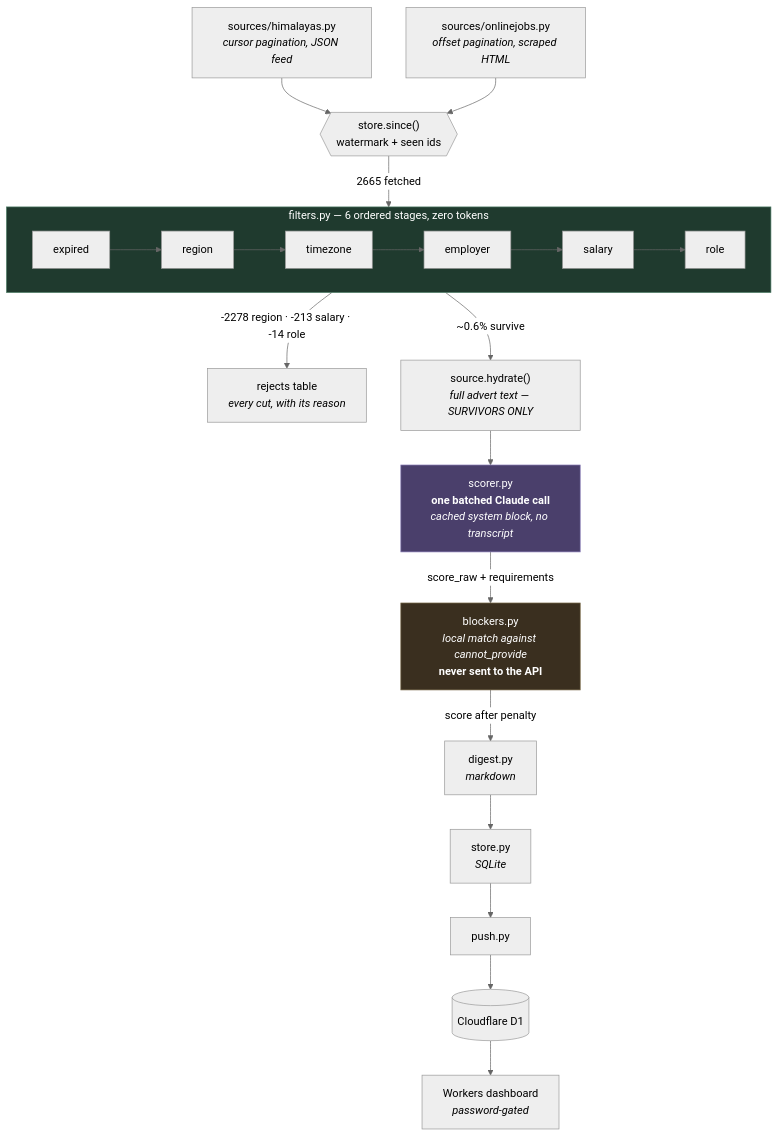
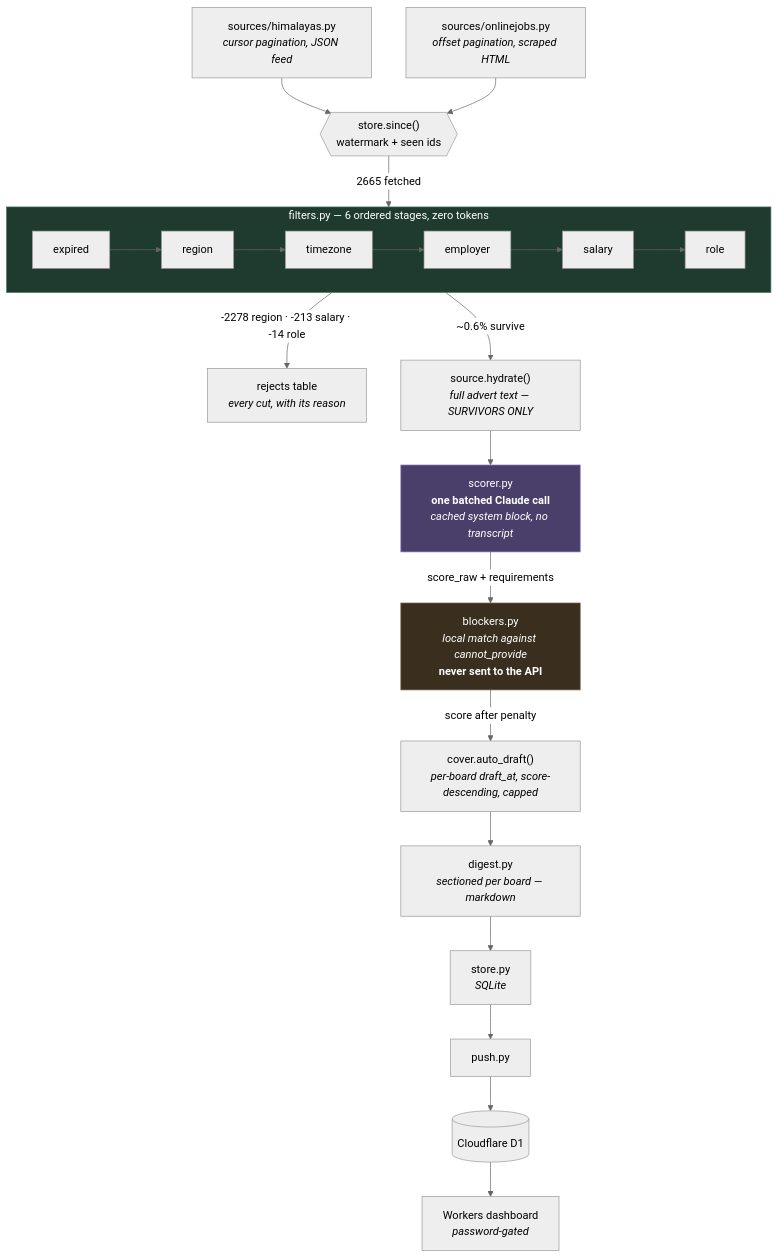
One commit to kageballs/joblist-engine changed the diagram in README.md. Above: the diagram before and after it, drawn with Mermaid (neutral theme). The commit also changed other lines of this file and 8 other files, not shown here.

First line of the commit message:
fix: finish the per-board rework where it was still pooling

````diff
--- a/README.md
+++ b/README.md
@@ -36,37 +36,40 @@
 ```mermaid
 flowchart TD
     H["sources/himalayas.py<br/><i>cursor pagination, JSON feed</i>"]
     O["sources/onlinejobs.py<br/><i>offset pagination, scraped HTML</i>"]
     W{{"store.since()<br/>watermark + seen ids"}}
 
     H --> W
     O --> W
     W -->|"2665 fetched"| F
 
     subgraph F["filters.py — 6 ordered stages, zero tokens"]
         direction LR
         S1["expired"] --> S2["region"] --> S3["timezone"] --> S4["employer"] --> S5["salary"] --> S6["role"]
     end
 
     F -->|"-2278 region · -213 salary · -14 role"| R["rejects table<br/><i>every cut, with its reason</i>"]
     F -->|"~0.6% survive"| HY
 
     HY["source.hydrate()<br/><i>full advert text — SURVIVORS ONLY</i>"]
     HY --> SC
 
     SC["scorer.py<br/><b>one batched Claude call</b><br/><i>cached system block, no transcript</i>"]
     SC -->|"score_raw + requirements"| BL
 
     BL["blockers.py<br/><i>local match against cannot_provide</i><br/><b>never sent to the API</b>"]
-    BL -->|"score after penalty"| D
+    BL -->|"score after penalty"| COV
 
-    D["digest.py<br/><i>markdown</i>"]
+    COV["cover.auto_draft()<br/><i>per-board draft_at, score-descending, capped</i>"]
+    COV --> D
+
+    D["digest.py<br/><i>sectioned per board — markdown</i>"]
     D --> ST["store.py<br/><i>SQLite</i>"]
     ST --> PU["push.py"]
     PU --> D1[("Cloudflare D1")]
     D1 --> WK["Workers dashboard<br/><i>password-gated</i>"]
 
     style SC fill:#4a3f6b,stroke:#8b7fb8,color:#fff
     style F fill:#1f3a2e,stroke:#4a7a63,color:#fff
     style BL fill:#3a2f1f,stroke:#7a6a4a,color:#fff
 ```
````
